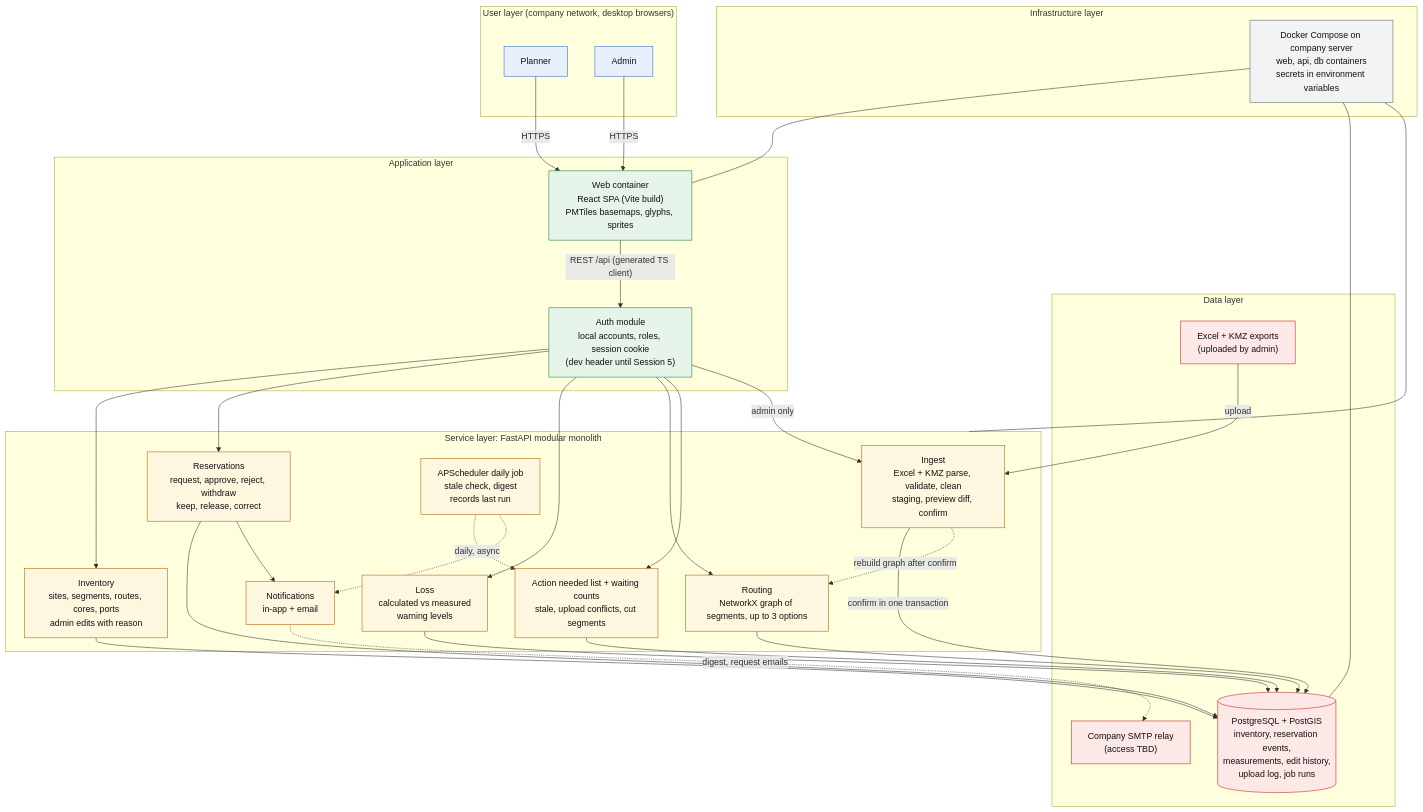
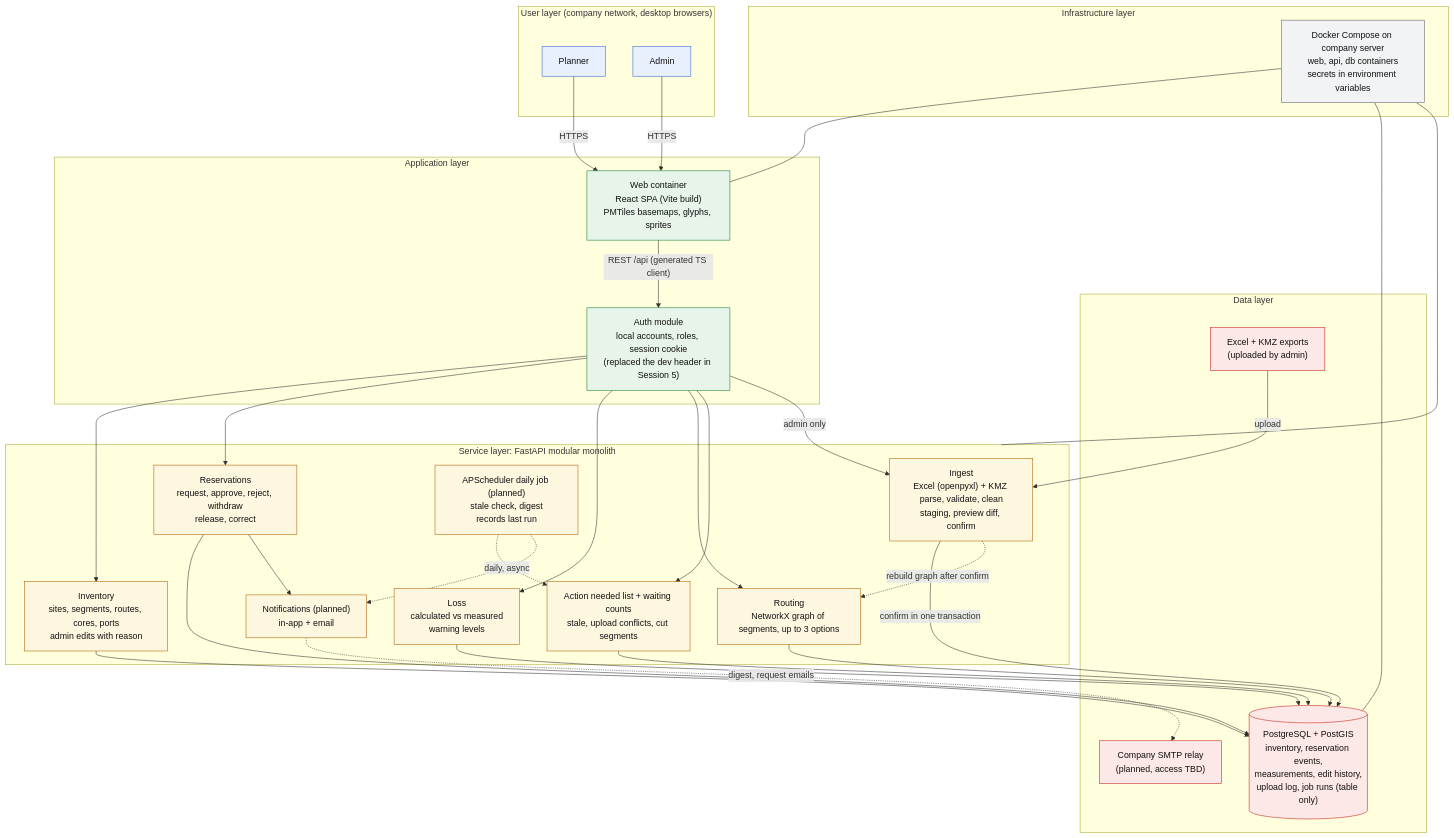
Before and after one commit to Pilths/fiber: the diagram in docs/architecture.md, drawn with Mermaid. The commit also changed other lines of this file and 6 other files, not shown here.

First line of the commit message:
Keep only on a stale reservation; refresh architecture doc

````diff
--- a/docs/architecture.md
+++ b/docs/architecture.md
@@ -25,59 +27,59 @@
 ```mermaid
 flowchart TB
   subgraph USER["User layer (company network, desktop browsers)"]
     P["Planner"]
     A["Admin"]
   end
 
   subgraph APP["Application layer"]
     WEB["Web container<br/>React SPA (Vite build)<br/>PMTiles basemaps, glyphs, sprites"]
-    AUTH["Auth module<br/>local accounts, roles, session cookie<br/>(dev header until Session 5)"]
+    AUTH["Auth module<br/>local accounts, roles, session cookie<br/>(replaced the dev header in Session 5)"]
   end
 
   subgraph SVC["Service layer: FastAPI modular monolith"]
-    INGEST["Ingest<br/>Excel + KMZ parse, validate, clean<br/>staging, preview diff, confirm"]
+    INGEST["Ingest<br/>Excel (openpyxl) + KMZ parse, validate, clean<br/>staging, preview diff, confirm"]
     INV["Inventory<br/>sites, segments, routes, cores, ports<br/>admin edits with reason"]
-    RES["Reservations<br/>request, approve, reject, withdraw<br/>keep, release, correct"]
+    RES["Reservations<br/>request, approve, reject, withdraw<br/>release, correct"]
     LOSS["Loss<br/>calculated vs measured<br/>warning levels"]
     ROUTE["Routing<br/>NetworkX graph of segments, up to 3 options"]
     REVIEW["Action needed list + waiting counts<br/>stale, upload conflicts, cut segments"]
-    JOB["APScheduler daily job<br/>stale check, digest<br/>records last run"]
-    NOTIFY["Notifications<br/>in-app + email"]
+    JOB["APScheduler daily job (planned)<br/>stale check, digest<br/>records last run"]
+    NOTIFY["Notifications (planned)<br/>in-app + email"]
   end
 
   subgraph DATA["Data layer"]
-    PG[("PostgreSQL + PostGIS<br/>inventory, reservation events,<br/>measurements, edit history,<br/>upload log, job runs")]
+    PG[("PostgreSQL + PostGIS<br/>inventory, reservation events,<br/>measurements, edit history,<br/>upload log, job runs (table only)")]
     FILES["Excel + KMZ exports<br/>(uploaded by admin)"]
-    SMTP["Company SMTP relay<br/>(access TBD)"]
+    SMTP["Company SMTP relay<br/>(planned, access TBD)"]
   end
 
   subgraph INFRA["Infrastructure layer"]
     DC["Docker Compose on company server<br/>web, api, db containers<br/>secrets in environment variables"]
   end
 
   P -->|HTTPS| WEB
   A -->|HTTPS| WEB
   WEB -->|"REST /api (generated TS client)"| AUTH
   AUTH --> INV & RES & LOSS & ROUTE & REVIEW
   AUTH -->|admin only| INGEST
   FILES -->|upload| INGEST
   INGEST -->|confirm in one transaction| PG
   INV & RES & LOSS & ROUTE & REVIEW --> PG
   RES --> NOTIFY
   JOB -.->|daily, async| REVIEW
   JOB -.-> NOTIFY
   NOTIFY -.->|digest, request emails| SMTP
   INGEST -.->|rebuild graph after confirm| ROUTE
   DC --- WEB & SVC & PG
 
   classDef user fill:#e8f0fe,stroke:#3367d6,color:#111
   classDef app fill:#e6f4ea,stroke:#188038,color:#111
   classDef svc fill:#fef7e0,stroke:#b06000,color:#111
   classDef data fill:#fce8e6,stroke:#c5221f,color:#111
   classDef infra fill:#f1f3f4,stroke:#5f6368,color:#111
   class P,A user
   class WEB,AUTH app
   class INGEST,INV,RES,LOSS,ROUTE,REVIEW,JOB,NOTIFY svc
   class PG,FILES,SMTP data
   class DC infra
 ```
````
